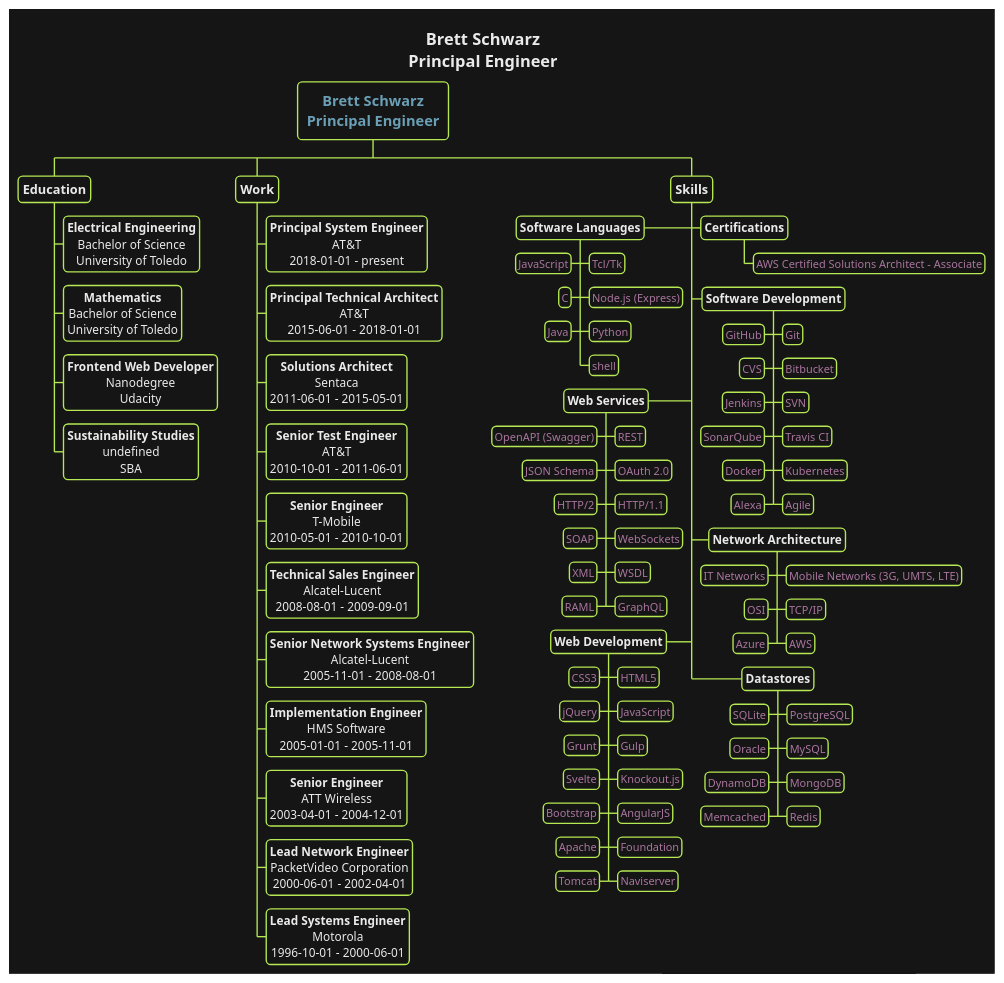
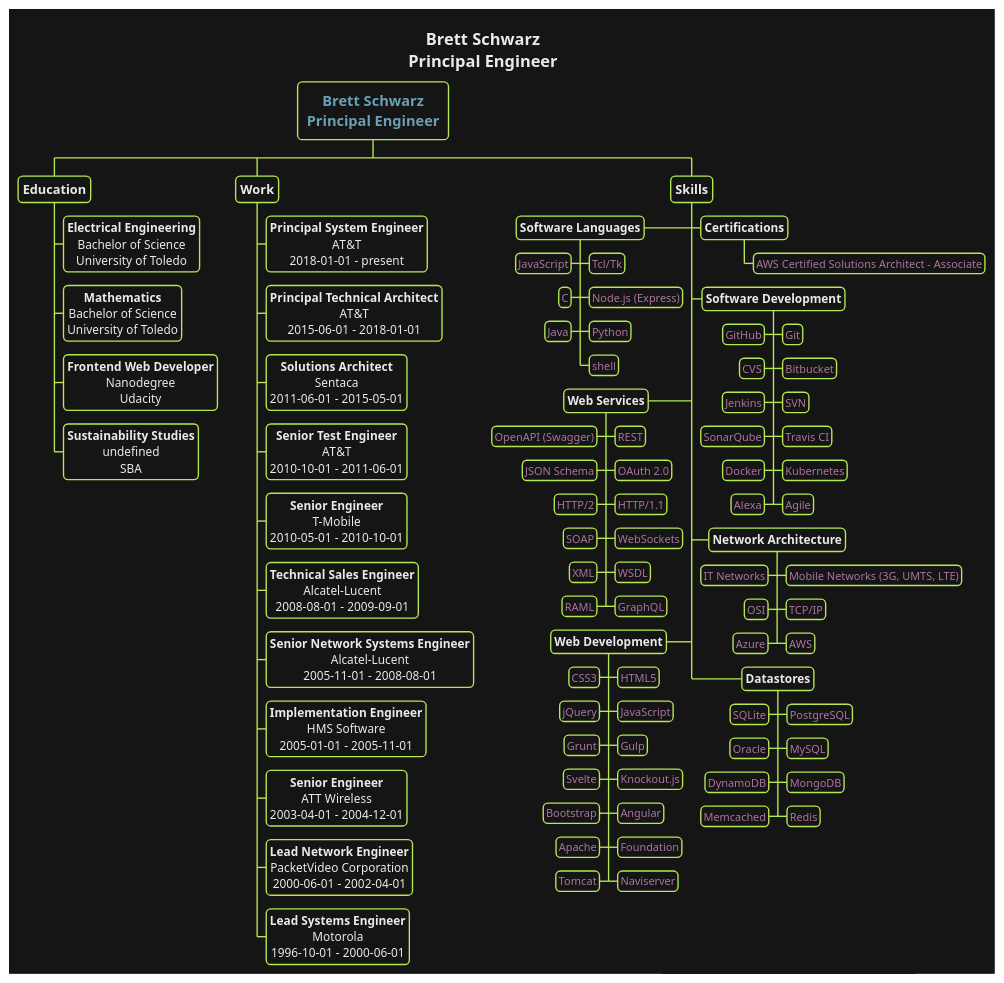
The diagram in assets/files/resume-dark.puml (bschwarz/bschwarz.github.io), drawn with PlantUML before and after one commit. The commit also changed 1 other file, not shown here.

Commit message:
Adds Angular change to image

```diff
--- a/assets/files/resume-dark.puml
+++ b/assets/files/resume-dark.puml
@@ -1,134 +1,134 @@
 @startwbs
 
 skinparam backgroundColor transparent
 
 
 skinparam  {
     defaultFontName   "Verdana"
     defaultFontSize   12
     defaultTextAlignment center
     shadowing false
     RoundCorner 10
     TitleFontSize 18
     TitleFontColor #eaeaea
 }
 <style>
 wbsDiagram {
     LineColor #b5e853
     BorderThickness 3
     BackgroundColor #151515
     FontColor #eaeaea
     :depth(0) {
         fontSize 16
         fontStyle bold
         fontColor #6a9fb5
     }
     :depth(1) {
         fontSize 14
         padding 5
         fontStyle bold
     }
     :depth(2) {
         fontSize 13
         padding 4
     }
     :depth(3) {
         fontSize 12
         padding 3
         fontColor #aa759f
     }
 
 }
 </style>
 
 
 
 title Brett Schwarz\nPrincipal Engineer
 
 * Brett Schwarz\nPrincipal Engineer
 ** Education
 *** <b>Electrical Engineering\nBachelor of Science\nUniversity of Toledo
 *** <b>Mathematics\nBachelor of Science\nUniversity of Toledo
 *** <b>Frontend Web Developer\nNanodegree\nUdacity
 *** <b>Sustainability Studies\nundefined\nSBA
 ** Work
 *** <b>Principal System Engineer\nAT&T\n2018-01-01 - present
 *** <b>Principal Technical Architect\nAT&T\n2015-06-01 - 2018-01-01
 *** <b>Solutions Architect\nSentaca\n2011-06-01 - 2015-05-01
 *** <b>Senior Test Engineer\nAT&T\n2010-10-01 - 2011-06-01
 *** <b>Senior Engineer\nT-Mobile\n2010-05-01 - 2010-10-01
 *** <b>Technical Sales Engineer\nAlcatel-Lucent\n2008-08-01 - 2009-09-01
 *** <b>Senior Network Systems Engineer\nAlcatel-Lucent\n2005-11-01 - 2008-08-01
 *** <b>Implementation Engineer\nHMS Software\n2005-01-01 - 2005-11-01
 *** <b>Senior Engineer\nATT Wireless\n2003-04-01 - 2004-12-01
 *** <b>Lead Network Engineer\nPacketVideo Corporation\n2000-06-01 - 2002-04-01
 *** <b>Lead Systems Engineer\nMotorola\n1996-10-01 - 2000-06-01
 ** Skills
 ***> <b>Certifications
 ****> AWS Certified Solutions Architect - Associate
 ***< <b>Software Languages
 ****> Tcl/Tk
 ****< JavaScript
 ****> Node.js (Express)
 ****< C
 ****> Python
 ****< Java
 ****> shell
 ***> <b>Software Development
 ****> Git
 ****< GitHub
 ****> Bitbucket
 ****< CVS
 ****> SVN
 ****< Jenkins
 ****> Travis CI
 ****< SonarQube
 ****> Kubernetes
 ****< Docker
 ****> Agile
 ****< Alexa
 ***< <b>Web Services
 ****> REST
 ****< OpenAPI (Swagger)
 ****> OAuth 2.0
 ****< JSON Schema
 ****> HTTP/1.1
 ****< HTTP/2
 ****> WebSockets
 ****< SOAP
 ****> WSDL
 ****< XML
 ****> GraphQL
 ****< RAML
 ***> <b>Network Architecture
 ****> Mobile Networks (3G, UMTS, LTE)
 ****< IT Networks
 ****> TCP/IP
 ****< OSI
 ****> AWS
 ****< Azure
 ***< <b>Web Development
 ****> HTML5
 ****< CSS3
 ****> JavaScript
 ****< jQuery
 ****> Gulp
 ****< Grunt
 ****> Knockout.js
 ****< Svelte
-****> AngularJS
+****> Angular
 ****< Bootstrap
 ****> Foundation
 ****< Apache
 ****> Naviserver
 ****< Tomcat
 ***> <b>Datastores
 ****> PostgreSQL
 ****< SQLite
 ****> MySQL
 ****< Oracle
 ****> MongoDB
 ****< DynamoDB
 ****> Redis
 ****< Memcached
 @endwbs
```
